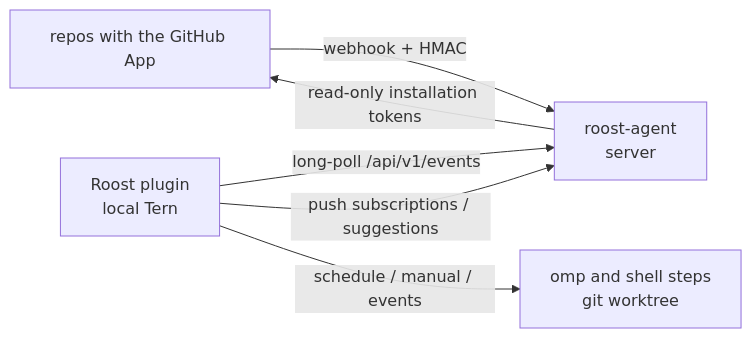
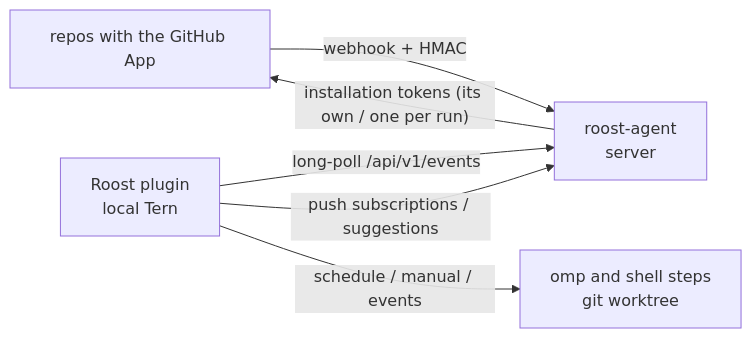
The diagram in README.md (zerx-lab/Roost), drawn with Mermaid before and after one commit. The commit also changed other lines of this file and 32 other files, not shown here.

````diff
--- a/README.md
+++ b/README.md
@@ -12,8 +12,8 @@
 ```mermaid
 flowchart LR
   GH[repos with the GitHub App] -- webhook + HMAC --> A[roost-agent<br/>server]
   P[Roost plugin<br/>local Tern] -- long-poll /api/v1/events --> A
   P -- push subscriptions / suggestions --> A
-  A -- read-only installation tokens --> GH
+  A -- installation tokens (its own / one per run) --> GH
   P -- schedule / manual / events --> R[omp and shell steps<br/>git worktree]
 ```
````
